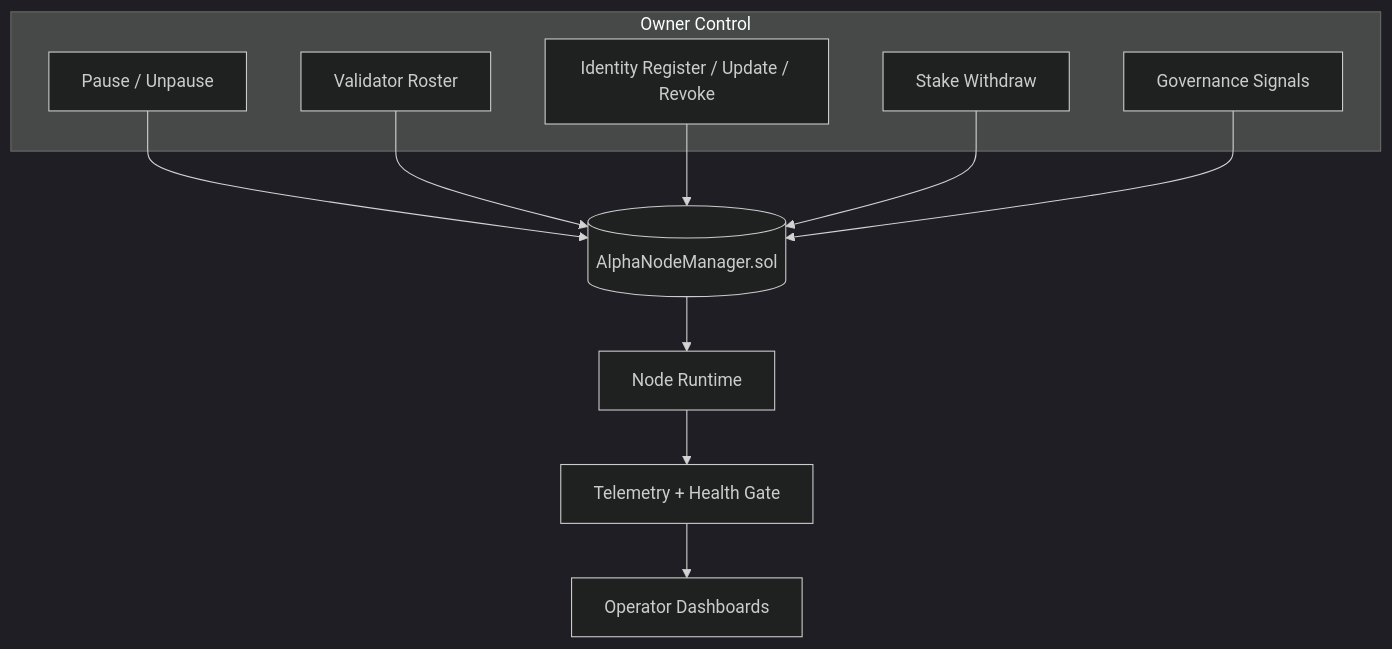
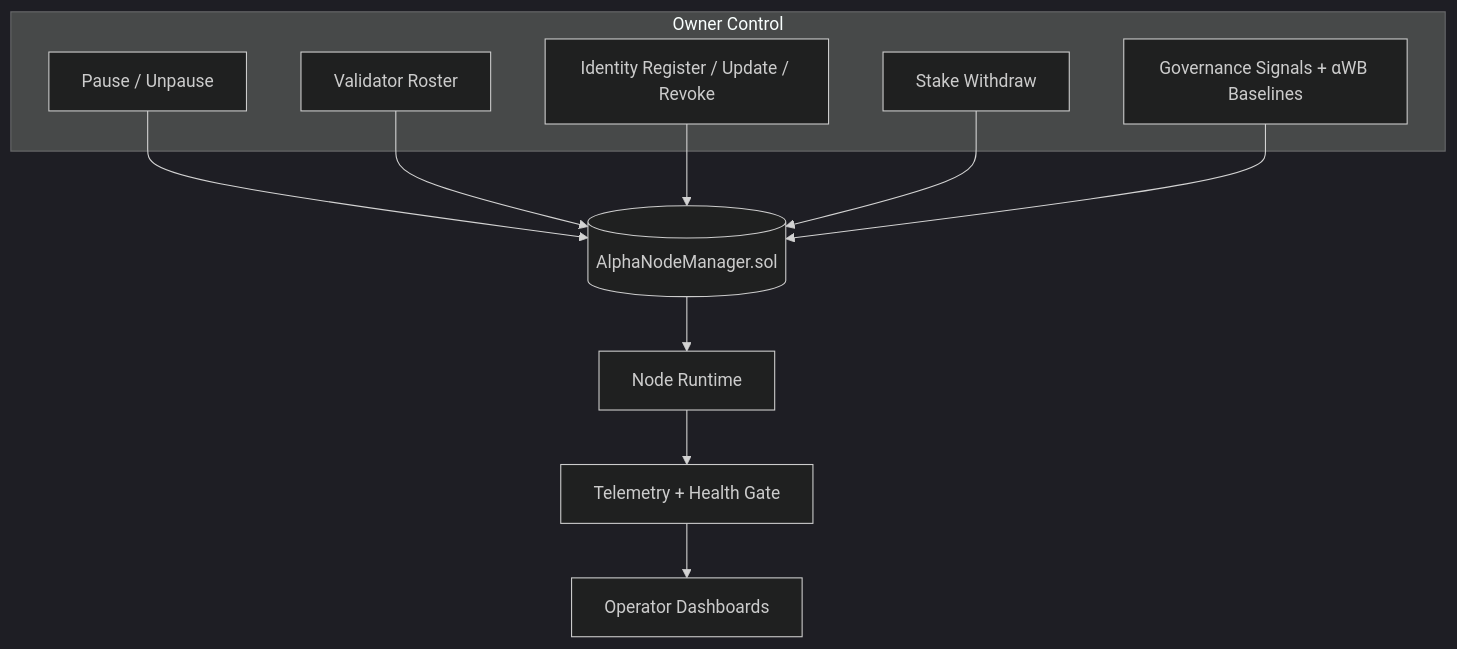
Before and after one commit to MontrealAI/AGI-Alpha-Node-v0: the sixth of 7 diagrams in README.md, drawn with Mermaid (dark theme). The commit also changed other lines of this file and 4 other files, not shown here.

````diff
--- a/README.md
+++ b/README.md
@@ -174,14 +227,14 @@
 ```mermaid
 flowchart TD
   subgraph Owner Control
     P[Pause / Unpause]
     V[Validator Roster]
     I[Identity Register / Update / Revoke]
     W[Stake Withdraw]
-    G[Governance Signals]
+    G[Governance Signals + αWB Baselines]
   end
   P & V & I & W & G --> AlphaNodeManager[(AlphaNodeManager.sol)]
   AlphaNodeManager --> Runtime[Node Runtime]
   Runtime --> Telemetry[Telemetry + Health Gate]
   Telemetry --> OwnerFeedback[Operator Dashboards]
 ```
````
